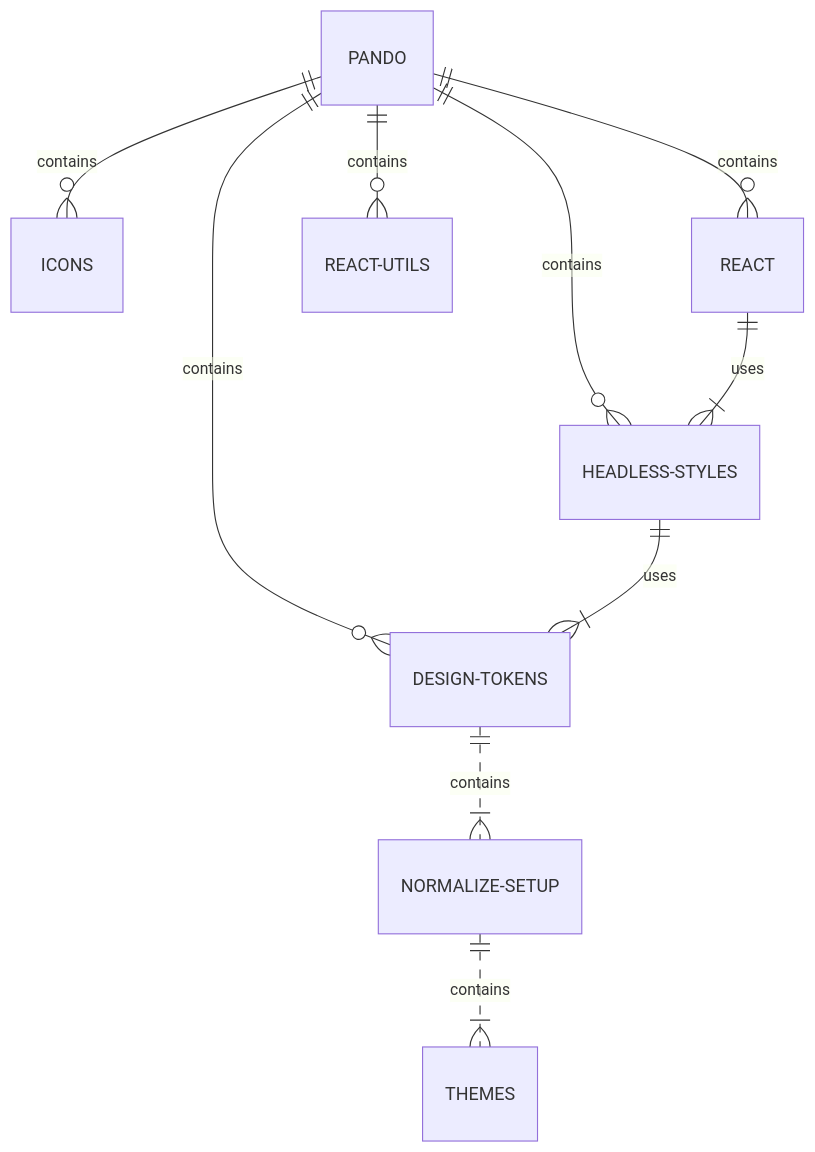
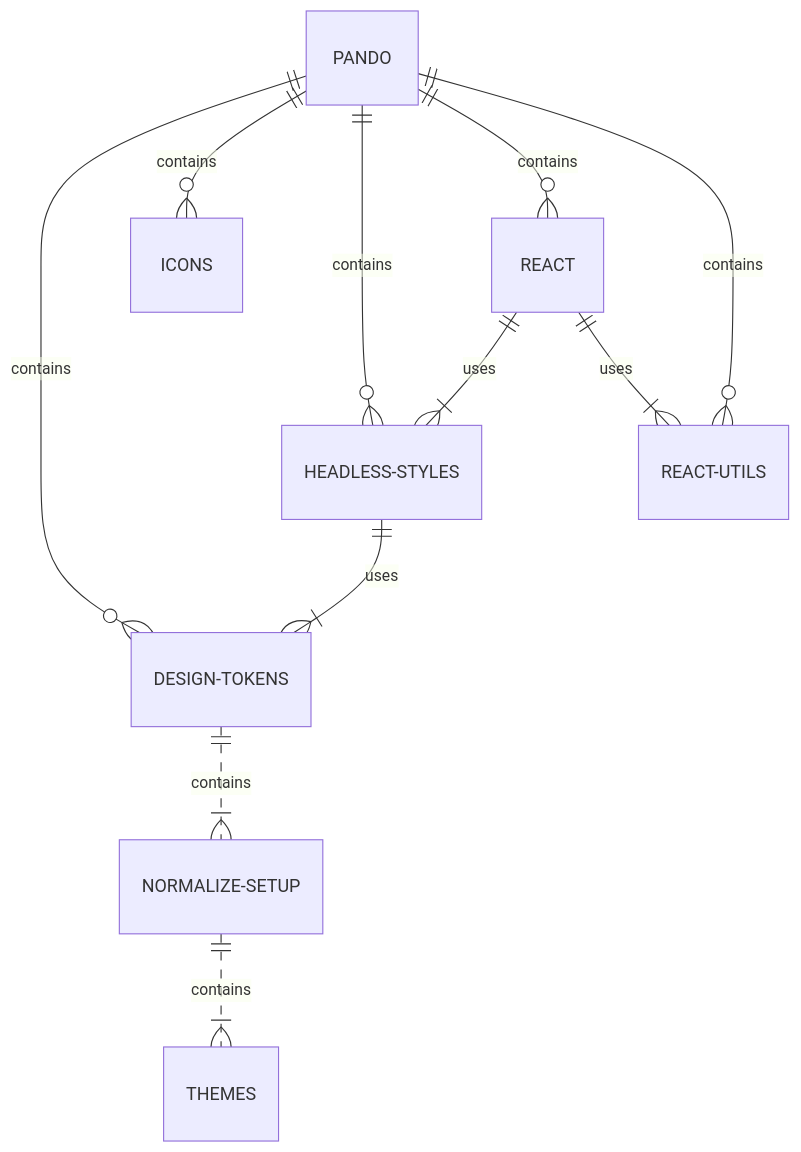
One commit to tim-roberts1/tva changed the diagram in packages/react/README.md. Above: the diagram before and after it, drawn with Mermaid.

````diff
--- a/packages/react/README.md
+++ b/packages/react/README.md
@@ -7,12 +7,13 @@
 ```mermaid
 erDiagram
   PANDO ||--o{ DESIGN-TOKENS : contains
   PANDO ||--o{ ICONS : contains
   PANDO ||--o{ HEADLESS-STYLES : contains
   PANDO ||--o{ REACT : contains
   PANDO ||--o{ REACT-UTILS : contains
   DESIGN-TOKENS ||..|{ NORMALIZE-SETUP : contains
   NORMALIZE-SETUP ||..|{ THEMES : contains
   HEADLESS-STYLES ||--|{ DESIGN-TOKENS : uses
   REACT ||--|{ HEADLESS-STYLES : uses
+  REACT ||--|{ REACT-UTILS : uses
 ```
````
